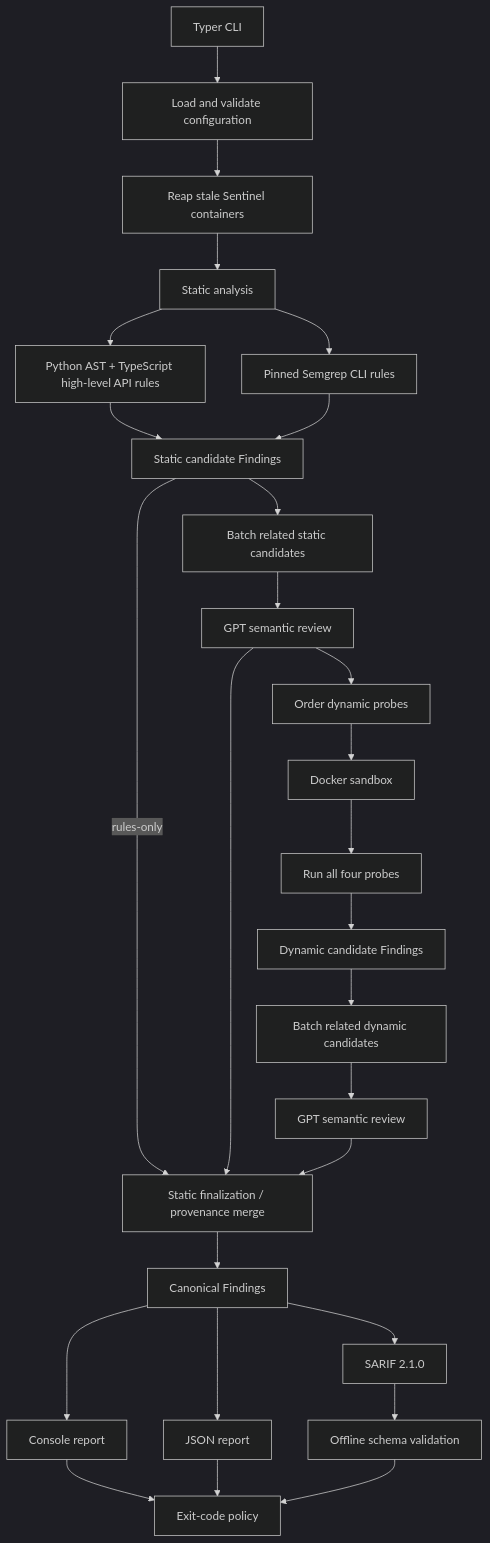
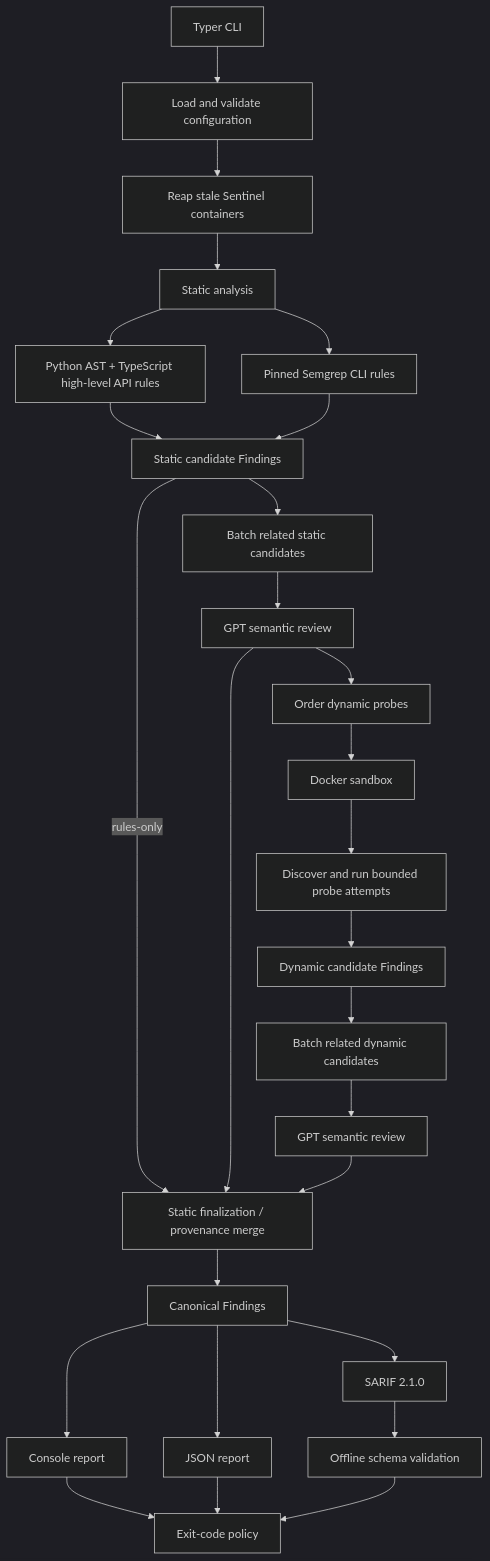
One commit to BashaarJavaid/MCP-Sentinel changed the first of 3 diagrams in ARCHITECTURE.md. Above: the diagram before and after it, drawn with Mermaid (dark theme). The commit also changed other lines of this file and 3 other files, not shown here.

````diff
--- a/ARCHITECTURE.md
+++ b/ARCHITECTURE.md
@@ -81,29 +81,29 @@
 ```mermaid
 flowchart TD
     CLI[Typer CLI] --> CFG[Load and validate configuration]
     CFG --> REAP[Reap stale Sentinel containers]
     REAP --> STATIC[Static analysis]
     STATIC --> AST[Python AST + TypeScript high-level API rules]
     STATIC --> SEMGREP[Pinned Semgrep CLI rules]
     AST --> SF[Static candidate Findings]
     SEMGREP --> SF
     SF -->|rules-only| MERGE[Static finalization / provenance merge]
     SF --> BATCH1[Batch related static candidates]
     BATCH1 --> GPT1[GPT semantic review]
     GPT1 --> PRIORITY[Order dynamic probes]
     PRIORITY --> DOCKER[Docker sandbox]
-    DOCKER --> PROBES[Run all four probes]
+    DOCKER --> PROBES[Discover and run bounded probe attempts]
     PROBES --> DF[Dynamic candidate Findings]
     DF --> BATCH2[Batch related dynamic candidates]
     BATCH2 --> GPT2[GPT semantic review]
     GPT1 --> MERGE
     GPT2 --> MERGE
     MERGE --> REPORT[Canonical Findings]
     REPORT --> CONSOLE[Console report]
     REPORT --> JSON[JSON report]
     REPORT --> SARIF[SARIF 2.1.0]
     SARIF --> VALIDATE[Offline schema validation]
     CONSOLE --> EXIT[Exit-code policy]
     JSON --> EXIT
     VALIDATE --> EXIT
 ```
````
